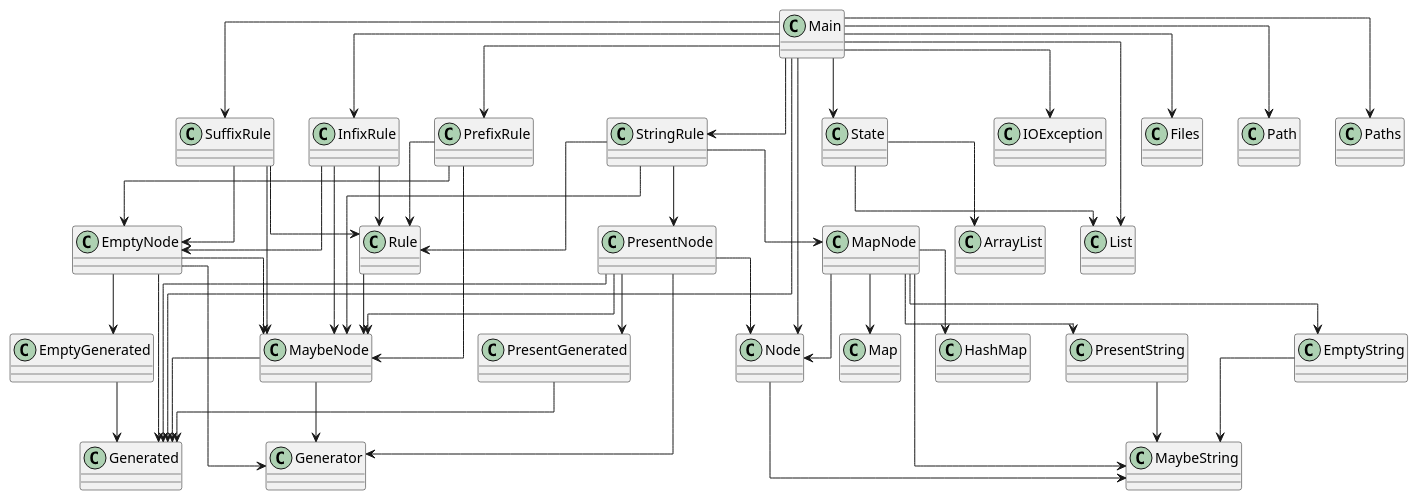
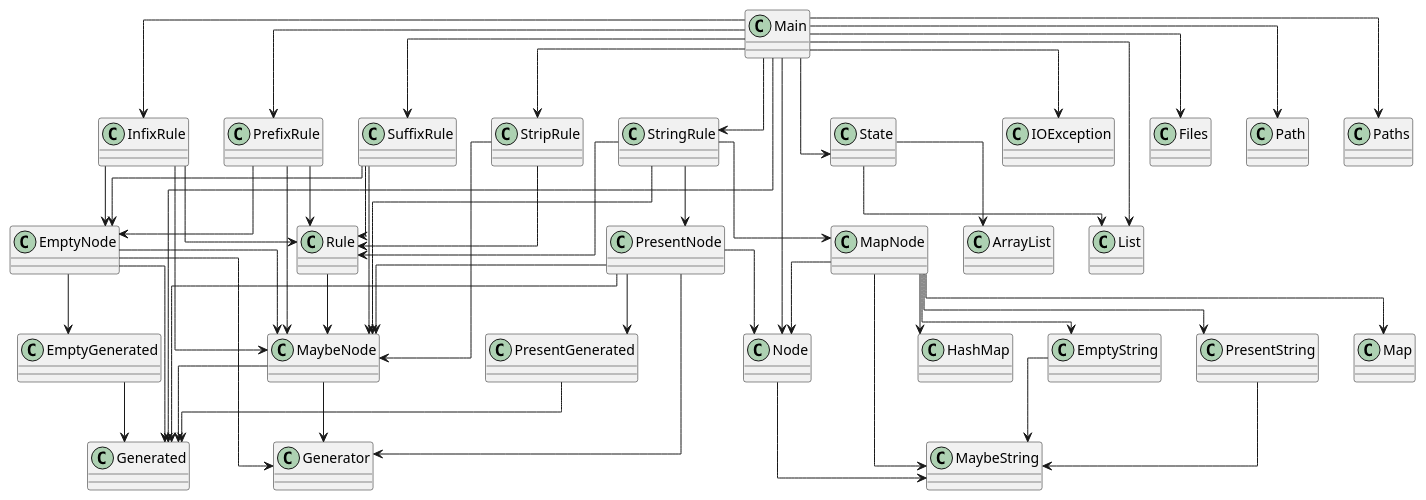
The diagram in diagram.puml (SirMathhman/Magma), drawn with PlantUML before and after one commit. The commit also changed 2 other files, not shown here.

Commit message:
StripRule

```diff
--- a/diagram.puml
+++ b/diagram.puml
@@ -1,72 +1,76 @@
 @startuml
 skinparam linetype ortho
 class Generated
 class Generator
 class MaybeNode
 MaybeNode --> Generated
 MaybeNode --> Generator
 class MaybeString
 class EmptyNode
 EmptyNode --> Generated
 EmptyNode --> Generator
 EmptyNode --> MaybeNode
 EmptyNode --> EmptyGenerated
 class PresentNode
 PresentNode --> Generated
 PresentNode --> Generator
 PresentNode --> Node
 PresentNode --> MaybeNode
 PresentNode --> PresentGenerated
 class EmptyString
 EmptyString --> MaybeString
 class PresentString
 PresentString --> MaybeString
 class MapNode
 MapNode --> MaybeString
 MapNode --> Node
 MapNode --> EmptyString
 MapNode --> PresentString
 MapNode --> HashMap
 MapNode --> Map
 class Node
 Node --> MaybeString
 class EmptyGenerated
 EmptyGenerated --> Generated
 class PresentGenerated
 PresentGenerated --> Generated
 class InfixRule
 InfixRule --> MaybeNode
 InfixRule --> Rule
 InfixRule --> EmptyNode
 class PrefixRule
 PrefixRule --> Rule
 PrefixRule --> MaybeNode
 PrefixRule --> EmptyNode
 class StringRule
 StringRule --> MaybeNode
 StringRule --> Rule
 StringRule --> MapNode
 StringRule --> PresentNode
+class StripRule
+StripRule --> Rule
+StripRule --> MaybeNode
 class SuffixRule
 SuffixRule --> Rule
 SuffixRule --> MaybeNode
 SuffixRule --> EmptyNode
 class Rule
 Rule --> MaybeNode
 class State
 State --> ArrayList
 State --> List
 class Main
 Main --> Generated
 Main --> Node
 Main --> State
 Main --> InfixRule
 Main --> PrefixRule
 Main --> StringRule
+Main --> StripRule
 Main --> SuffixRule
 Main --> IOException
 Main --> Files
 Main --> Path
 Main --> Paths
 Main --> List
 @enduml
```
